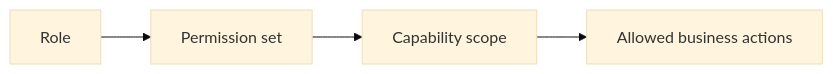
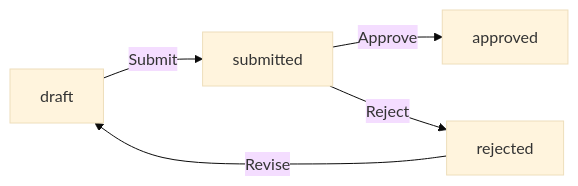
One commit to wrtnlabs/autobe-examples changed diagram 16 of 24 in openai/gpt-5.4-mini/erp/docs/analysis/04-business-rules.md. Above: the diagram before and after it, drawn with Mermaid (base theme). The commit also changed other lines of this file and 9017 other files, not shown here.

````diff
--- a/openai/gpt-5.4-mini/erp/docs/analysis/04-business-rules.md
+++ b/openai/gpt-5.4-mini/erp/docs/analysis/04-business-rules.md
@@ -469,6 +857,7 @@
 ```mermaid
 flowchart LR
-    A["Role"] --> B["Permission set"]
-    B --> C["Capability scope"]
-    C --> D["Allowed business actions"]
+    A["draft"] -->|"Submit"| B["submitted"]
+    B -->|"Approve"| C["approved"]
+    B -->|"Reject"| D["rejected"]
+    D -->|"Revise"| A["draft"]
 ```
````
